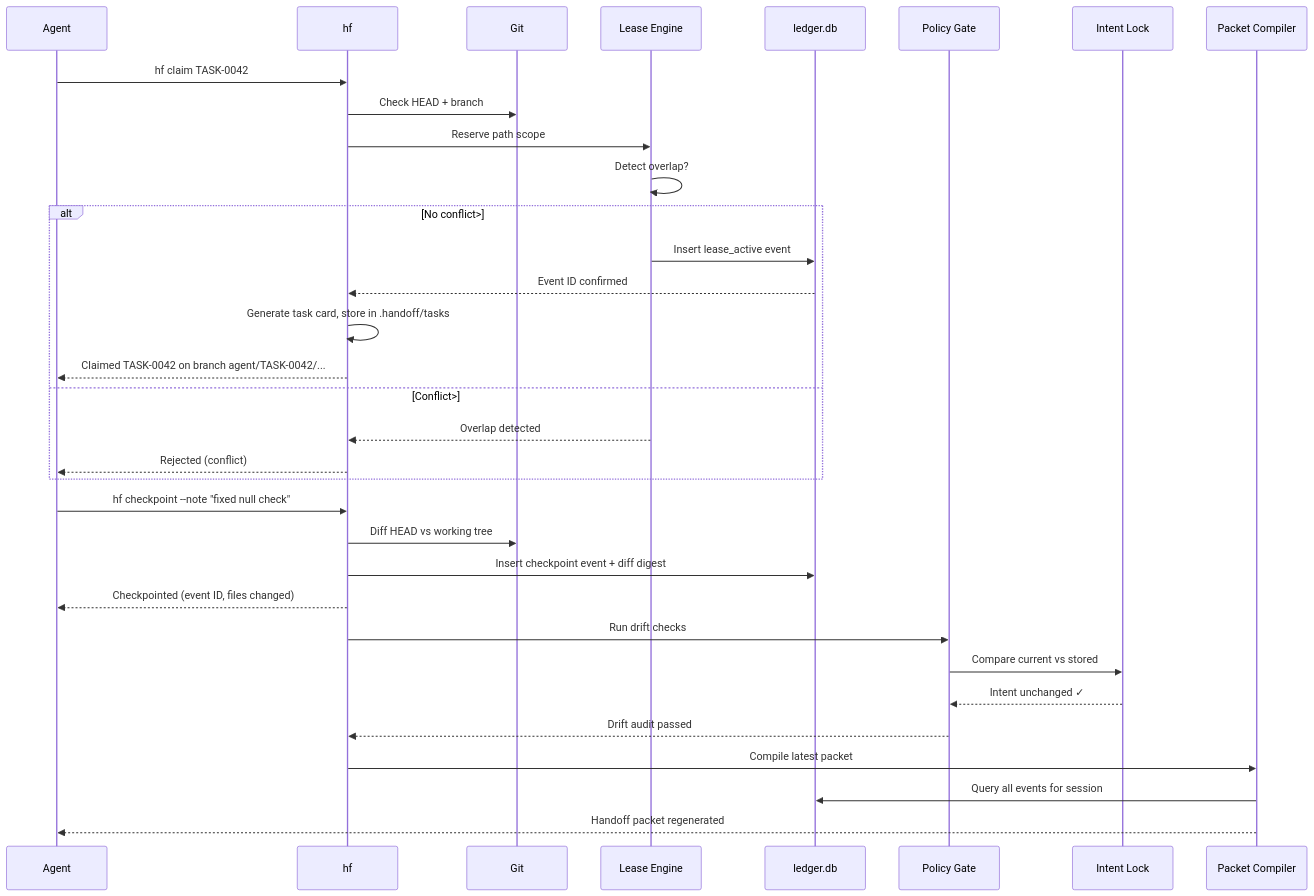
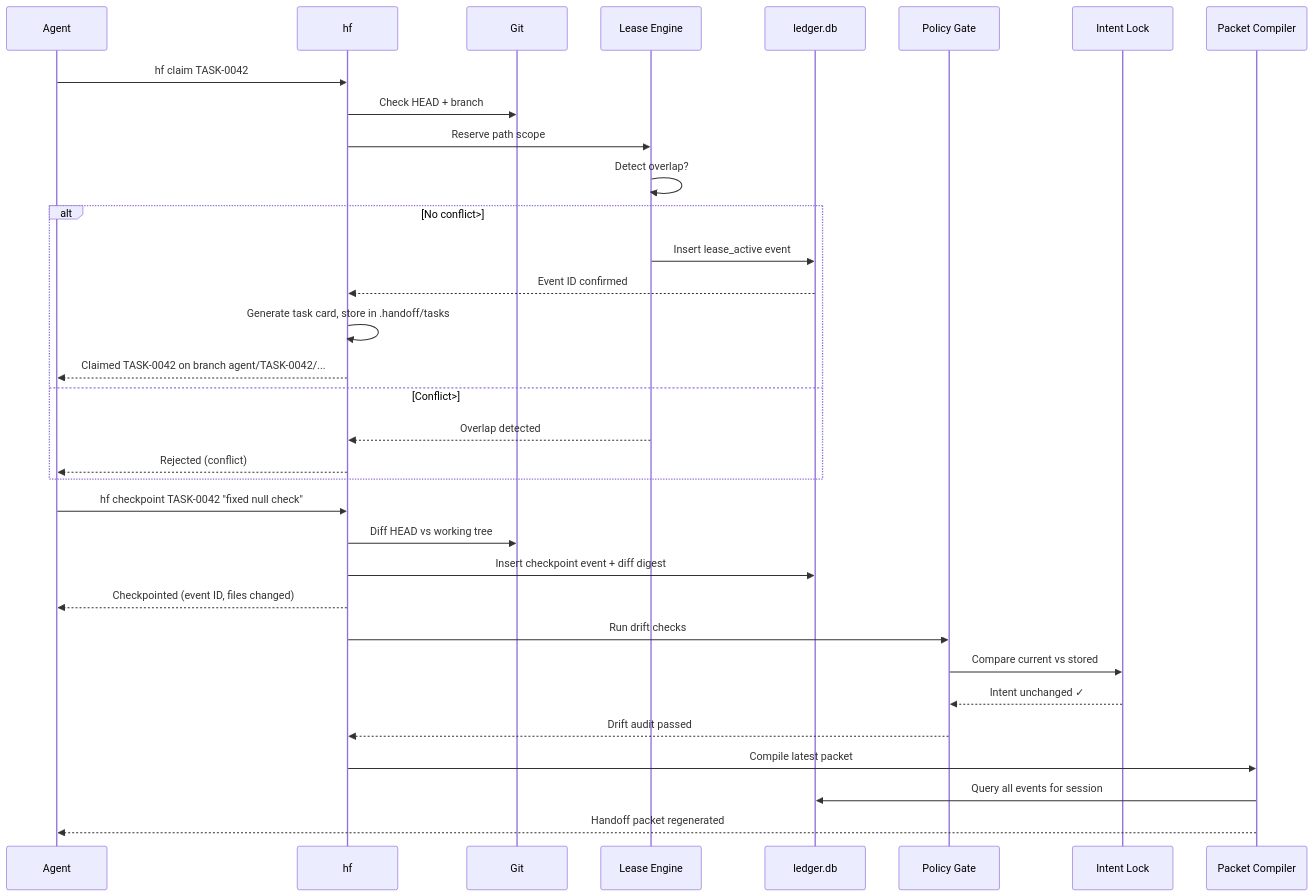
The second of 2 diagrams in docs/ARCHITECTURE.md (FlexNetOS/handoff), drawn with Mermaid before and after one commit. The commit also changed 6 other files, not shown here.

````diff
--- a/docs/ARCHITECTURE.md
+++ b/docs/ARCHITECTURE.md
@@ -150,30 +150,30 @@
 ```mermaid
 sequenceDiagram
     Agent->>hf: hf claim TASK-0042
     hf->>Git: Check HEAD + branch
     hf->>Lease Engine: Reserve path scope
     Lease Engine->>Lease Engine: Detect overlap?
     alt No conflict>
         Lease Engine->>ledger.db: Insert lease_active event
         ledger.db-->>hf: Event ID confirmed
         hf->>hf: Generate task card, store in .handoff/tasks
         hf-->>Agent: Claimed TASK-0042 on branch agent/TASK-0042/...
     else Conflict>
         Lease Engine-->>hf: Overlap detected
         hf-->>Agent: Rejected (conflict)
     end
     
-    Agent->>hf: hf checkpoint --note "fixed null check"
+    Agent->>hf: hf checkpoint TASK-0042 "fixed null check"
     hf->>Git: Diff HEAD vs working tree
     hf->>ledger.db: Insert checkpoint event + diff digest
     hf-->>Agent: Checkpointed (event ID, files changed)
     
     hf->>Policy Gate: Run drift checks
     Policy Gate->>Intent Lock: Compare current vs stored
     Intent Lock-->>Policy Gate: Intent unchanged ✓
     Policy Gate-->>hf: Drift audit passed
     
     hf->>Packet Compiler: Compile latest packet
     Packet Compiler->>ledger.db: Query all events for session
     Packet Compiler-->>Agent: Handoff packet regenerated
 ```
````
